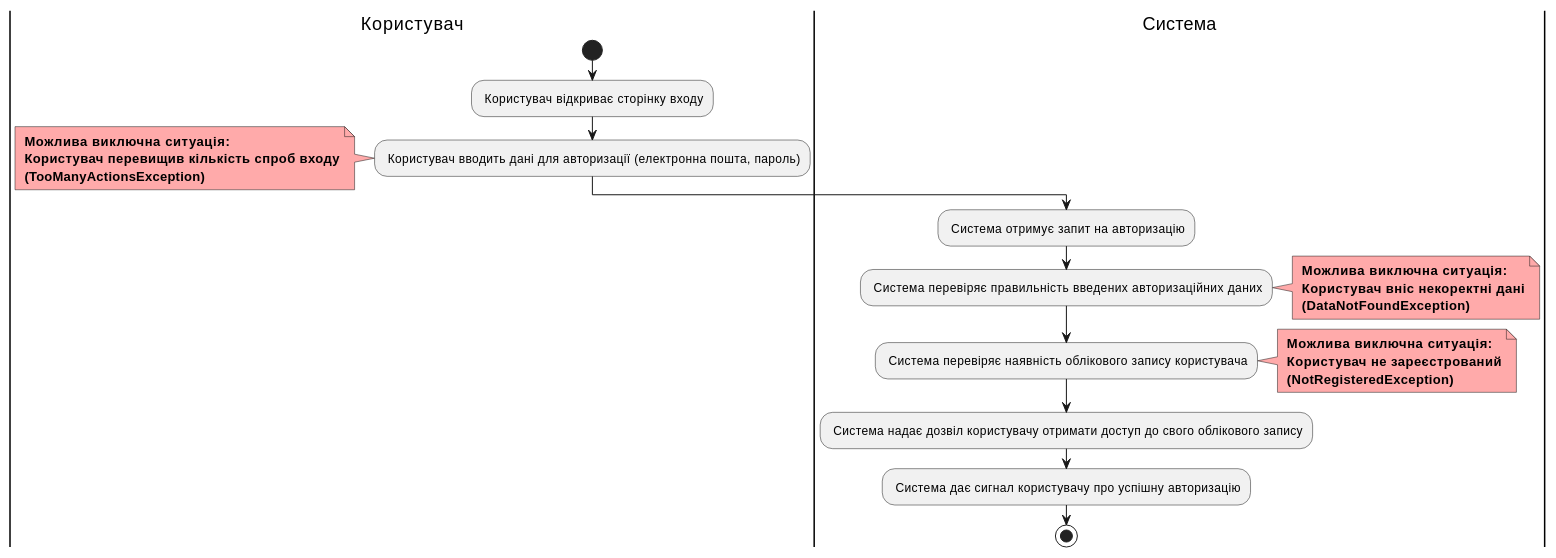
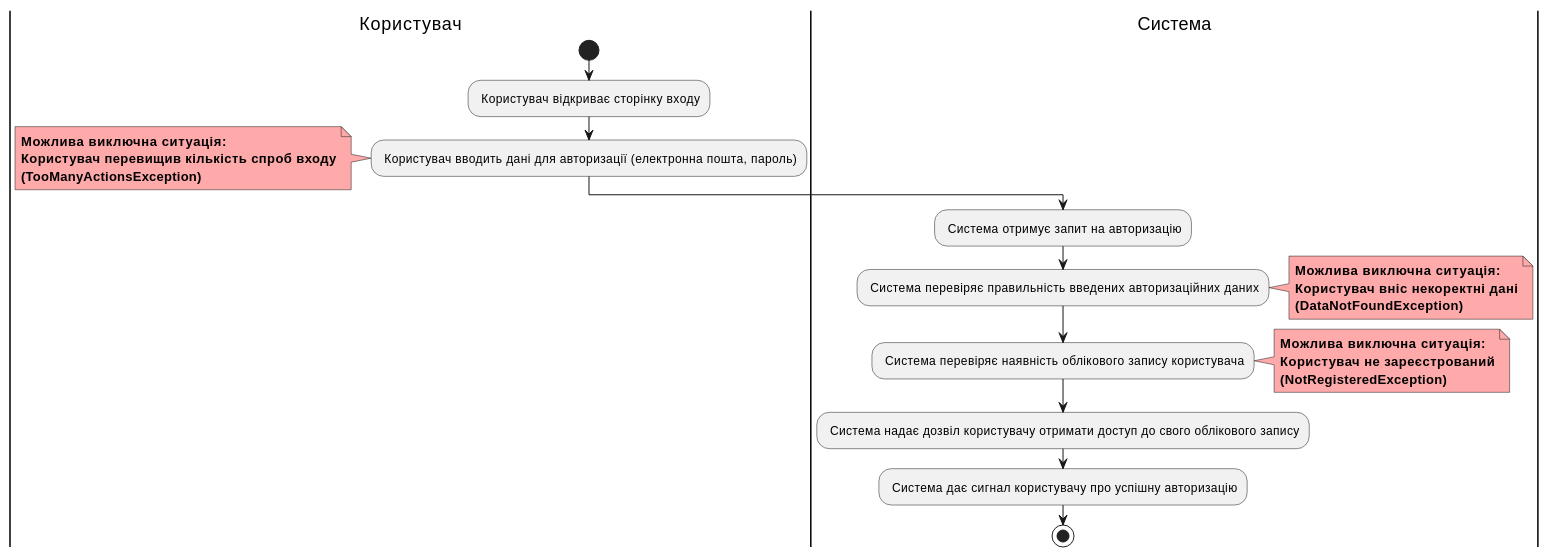
One commit to semenyaka08/media-content-api changed the sixth of 12 diagrams in docs/use cases/README.md. Above: the diagram before and after it, drawn with PlantUML. The commit also changed other lines of this file, not shown here.

```diff
--- a/docs/use cases/README.md
+++ b/docs/use cases/README.md
@@ -217,31 +217,31 @@
 @startuml
   
 |Користувач| 
 start
 : Користувач відкриває сторінку входу;
 : Користувач вводить дані для авторизації (електронна пошта, пароль);
 note left #ffaaaa
-<b> Можлива виключна ситуація:
-<b> Користувач перевищив кількість спроб входу
-<b> (TooManyActionsException)
+    <b>Можлива виключна ситуація:</b>
+    <b>Користувач перевищив кількість спроб входу</b>
+    <b>(TooManyActionsException)</b>
 end note
 
 |Система|
 : Система отримує запит на авторизацію;
 : Система перевіряє правильність введених авторизаційних даних;
 note right #ffaaaa
-<b> Можлива виключна ситуація:
-<b> Користувач вніс некоректні дані
-<b> (DataNotFoundException)
+    <b>Можлива виключна ситуація:</b>
+    <b>Користувач вніс некоректні дані</b>
+    <b>(DataNotFoundException)</b>
 end note
 : Система перевіряє наявність облікового запису користувача;
 note right #ffaaaa
-<b> Можлива виключна ситуація:
-<b> Користувач не зареєстрований
-<b> (NotRegisteredException)
+    <b>Можлива виключна ситуація:</b>
+    <b>Користувач не зареєстрований</b>
+    <b>(NotRegisteredException)</b>
 end note
 : Система надає дозвіл користувачу отримати доступ до свого облікового запису;
 : Система дає сигнал користувачу про успішну авторизацію;
 stop
 
 @enduml
```
